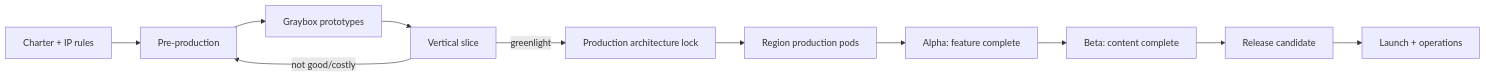
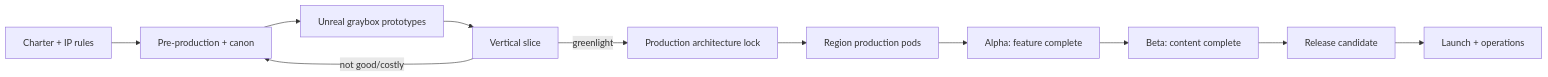
One commit to raiinman/Stillring changed the diagram in docs/08_RESEARCH_NOTES.md. Above: the diagram before and after it, drawn with Mermaid. The commit also changed other lines of this file, not shown here.

Commit message:
Research: record Unreal 5.8 migration rationale and official sources

````diff
--- a/docs/08_RESEARCH_NOTES.md
+++ b/docs/08_RESEARCH_NOTES.md
@@ -53,13 +142,13 @@
 ```mermaid
 flowchart LR
-    A[Charter + IP rules] --> B[Pre-production]
-    B --> C[Graybox prototypes]
+    A[Charter + IP rules] --> B[Pre-production + canon]
+    B --> C[Unreal graybox prototypes]
     C --> D[Vertical slice]
     D -->|greenlight| E[Production architecture lock]
     D -->|not good/costly| B
     E --> F[Region production pods]
     F --> G[Alpha: feature complete]
     G --> H[Beta: content complete]
     H --> I[Release candidate]
     I --> J[Launch + operations]
 ```
````
